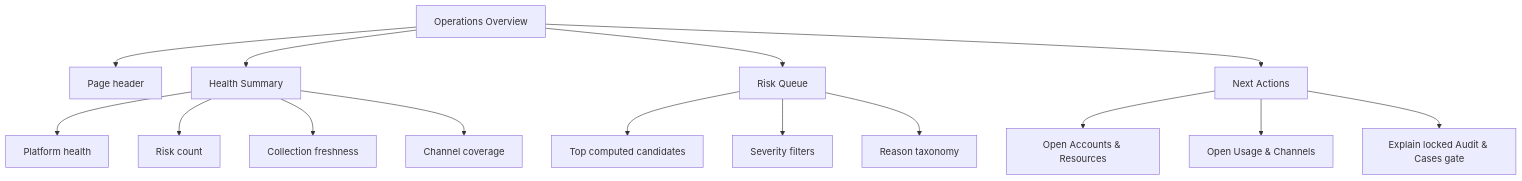
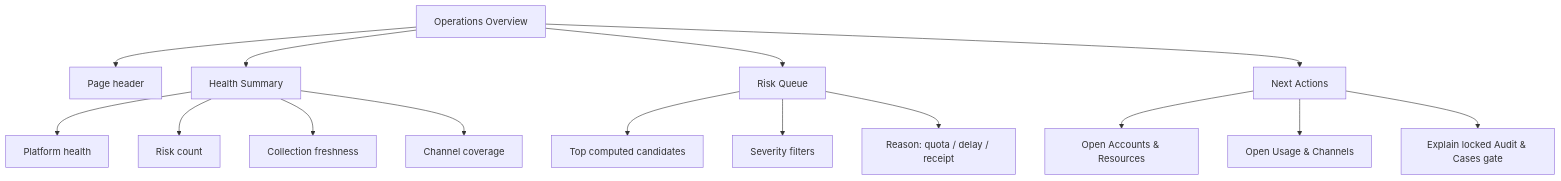
One commit to FlyLink-com/proxy-gateway-minimal changed the fourth of 8 diagrams in docs/ADMIN_CONSOLE_FRONTEND_STRUCTURE_BLUEPRINT.md. Above: the diagram before and after it, drawn with Mermaid. The commit also changed other lines of this file and 10 other files, not shown here.

````diff
--- a/docs/ADMIN_CONSOLE_FRONTEND_STRUCTURE_BLUEPRINT.md
+++ b/docs/ADMIN_CONSOLE_FRONTEND_STRUCTURE_BLUEPRINT.md
@@ -245,21 +245,21 @@
 ```mermaid
 flowchart TD
   Overview["Operations Overview"]
   Overview --> Header["Page header"]
   Overview --> Health["Health Summary"]
   Overview --> Risk["Risk Queue"]
   Overview --> Next["Next Actions"]
 
   Health --> H1["Platform health"]
   Health --> H2["Risk count"]
   Health --> H3["Collection freshness"]
   Health --> H4["Channel coverage"]
 
   Risk --> R1["Top computed candidates"]
   Risk --> R2["Severity filters"]
-  Risk --> R3["Reason taxonomy"]
+  Risk --> R3["Reason: quota / delay / receipt"]
 
   Next --> N1["Open Accounts & Resources"]
   Next --> N2["Open Usage & Channels"]
   Next --> N3["Explain locked Audit & Cases gate"]
 ```
````
